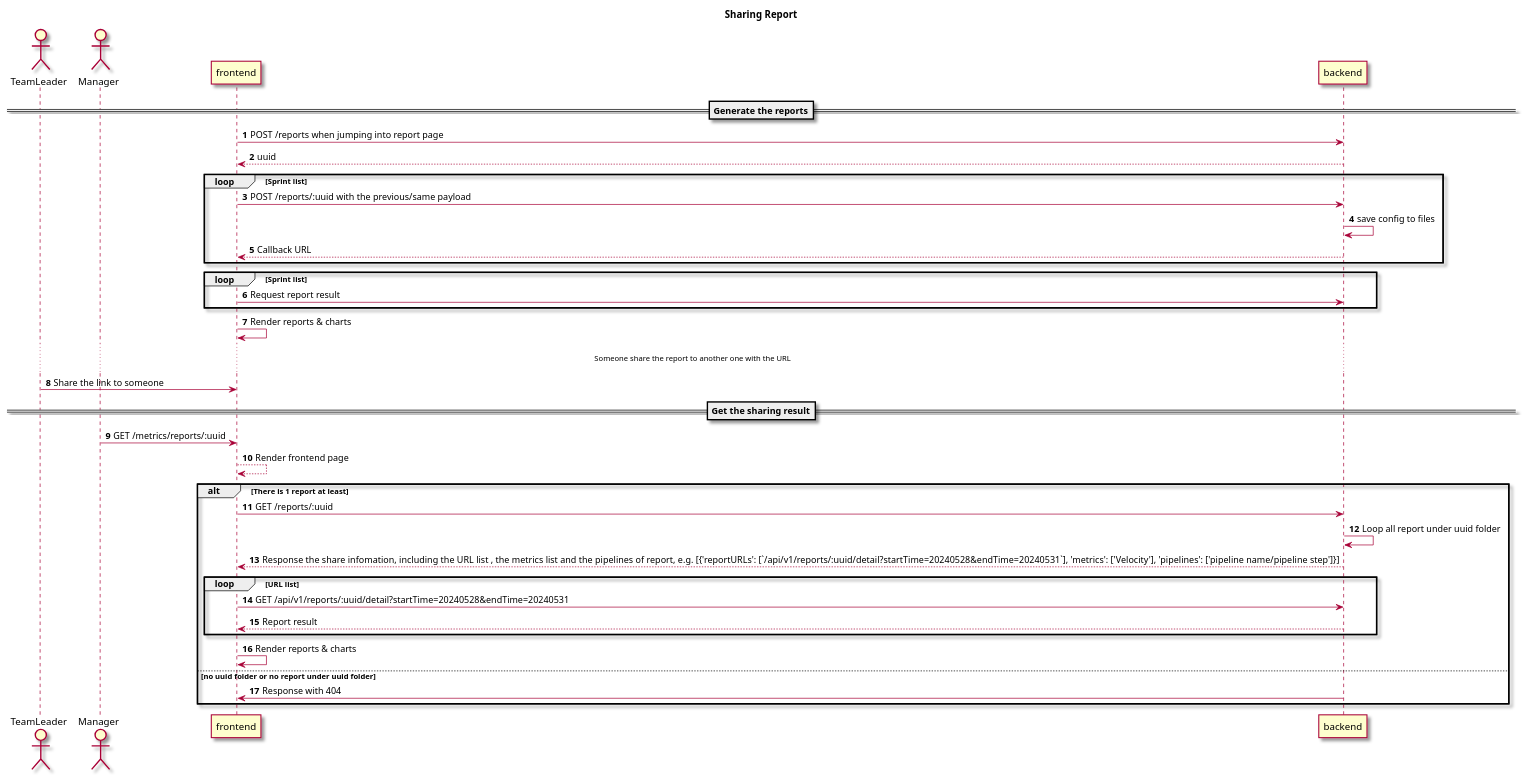
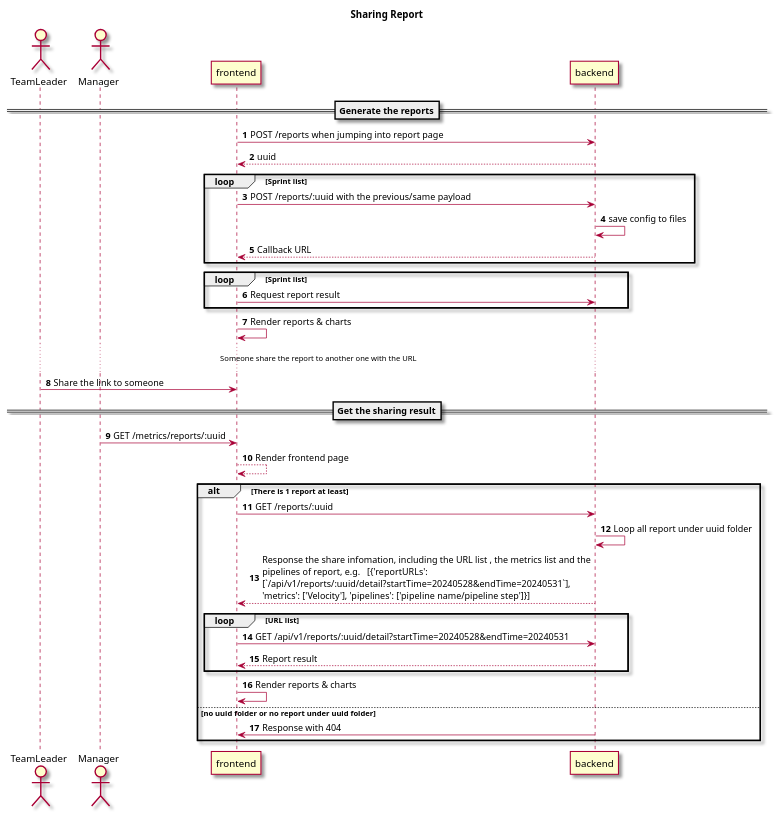
Before and after one commit to au-heartbeat/Heartbeat: the diagram in docs/src/content/docs/en/spikes/tech-spikes-sharing-report.mdx, drawn with PlantUML.

Commit message:
ADM-982 [frontend]: update spike

````diff
--- a/docs/src/content/docs/en/spikes/tech-spikes-sharing-report.mdx
+++ b/docs/src/content/docs/en/spikes/tech-spikes-sharing-report.mdx
@@ -30,45 +30,46 @@
 ```plantuml
 @startuml
 skin rose
+skinparam MaxMessageSize 500
 autonumber
 title Sharing Report
 
 actor       TeamLeader       as TeamLeader
 actor       Manager       as Manager
 participant frontend as frontend
 participant backend as backend
 
 ==Generate the reports==
 frontend -> backend: POST /reports when jumping into report page
 backend --> frontend: uuid
 loop Sprint list
   frontend -> backend: POST /reports/:uuid with the previous/same payload
   backend -> backend: save config to files
   backend --> frontend: Callback URL
 end
 
 loop Sprint list
   frontend -> backend: Request report result
 end
 
 frontend -> frontend: Render reports & charts
 ...Someone share the report to another one with the URL...
 TeamLeader -> frontend: Share the link to someone
 ==Get the sharing result==
 Manager -> frontend: GET /metrics/reports/:uuid
 frontend --> frontend: Render frontend page
 alt There is 1 report at least
   frontend -> backend: GET /reports/:uuid
   backend-> backend: Loop all report under uuid folder
   backend --> frontend: Response the share infomation, including the URL list , the metrics list and the pipelines of report, e.g.   [{'reportURLs': [`/api/v1/reports/:uuid/detail?startTime=20240528&endTime=20240531`], 'metrics': ['Velocity'], 'pipelines': ['pipeline name/pipeline step']}]
   loop URL list
     frontend-> backend: GET /api/v1/reports/:uuid/detail?startTime=20240528&endTime=20240531
     backend --> frontend: Report result
   end
   frontend -> frontend: Render reports & charts
 else no uuid folder or no report under uuid folder
   backend-> frontend: Response with 404
 end
 
 @enduml
 ```
````
